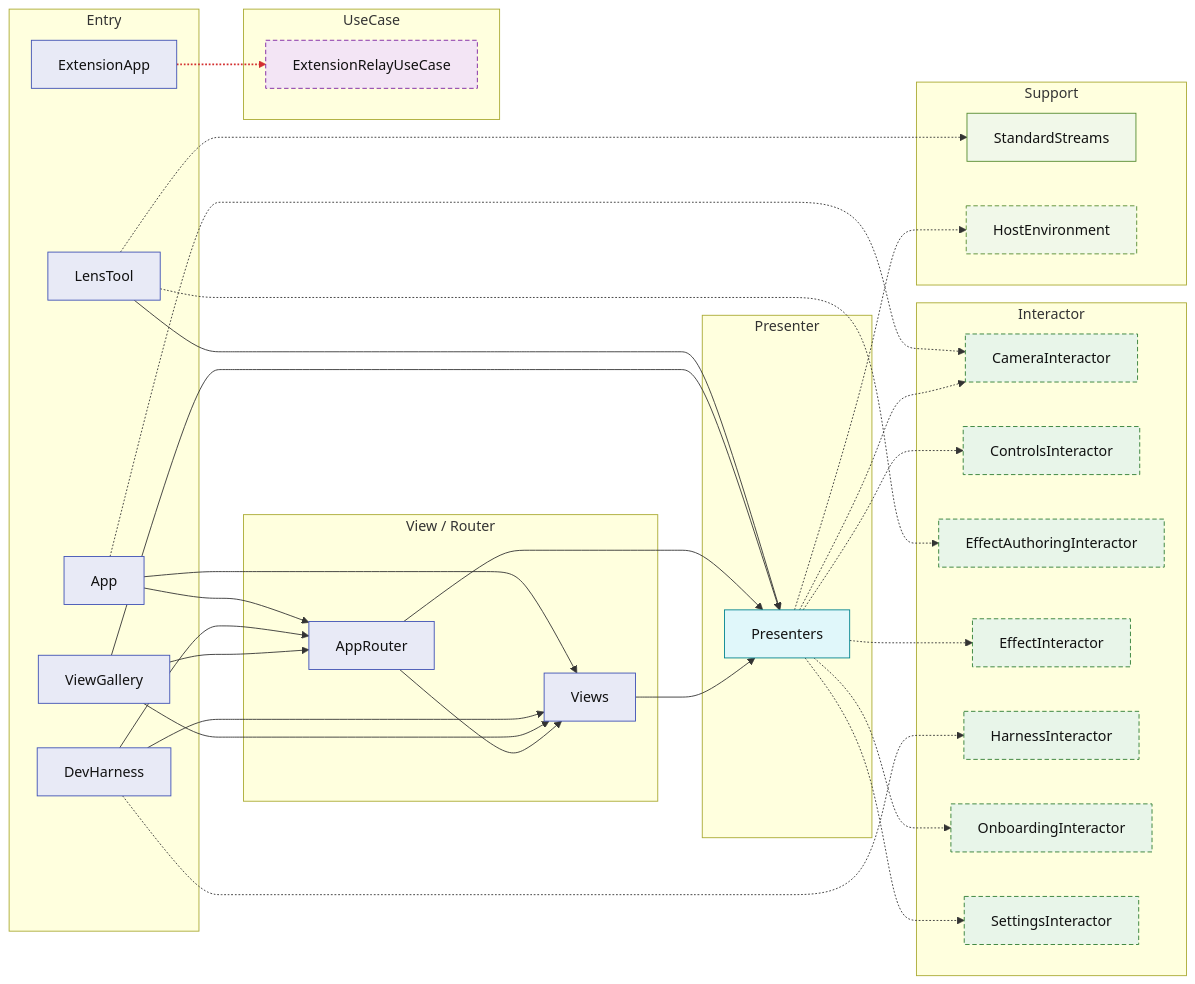
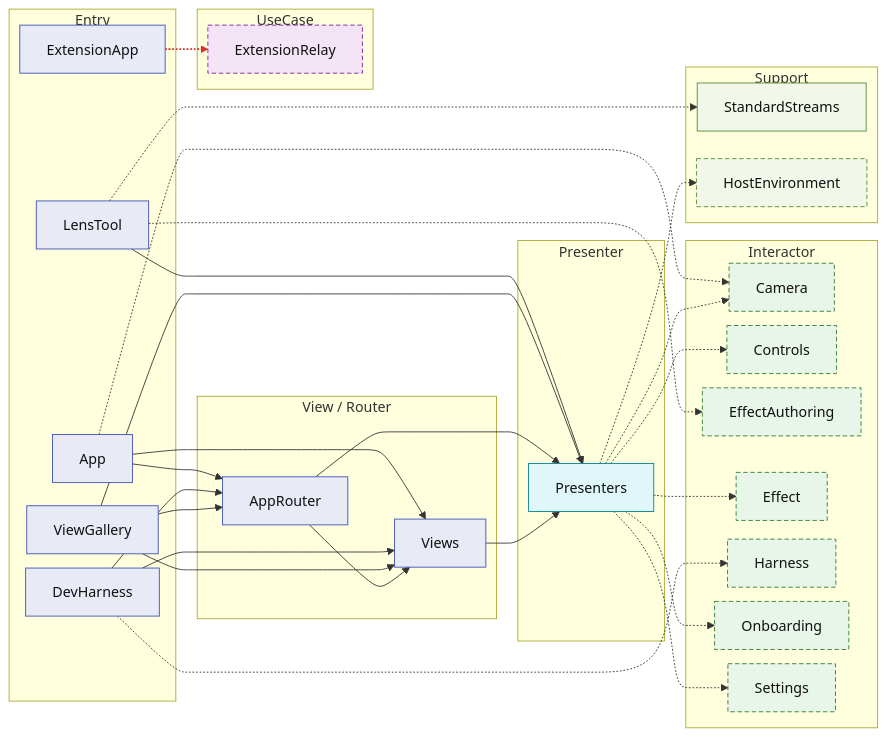
One commit to GeneralD/mirage changed the second of 8 diagrams in docs/ARCHITECTURE.md. Above: the diagram before and after it, drawn with Mermaid. The commit also changed other lines of this file, not shown here.

First line of the commit message:
docs(architecture): fit the module diagrams to the page width

````diff
--- a/docs/ARCHITECTURE.md
+++ b/docs/ARCHITECTURE.md
@@ -91,63 +91,64 @@
 ```mermaid
+%%{init: {"flowchart": {"rankSpacing": 24, "nodeSpacing": 16}}}%%
 graph LR
   subgraph Entry_entry["Entry"]
     App:::entry
     DevHarness:::entry
     LensTool:::entry
     ViewGallery:::entry
     ExtensionApp:::entry
   end
   subgraph Entry_view["View / Router"]
     AppRouter:::view
     Views:::view
   end
   subgraph Entry_pres["Presenter"]
     Presenters:::pres
   end
   subgraph Entry_int["Interactor"]
-    CameraInteractor:::intx
-    ControlsInteractor:::intx
-    EffectAuthoringInteractor:::intx
-    EffectInteractor:::intx
-    HarnessInteractor:::intx
-    OnboardingInteractor:::intx
-    SettingsInteractor:::intx
+    CameraInteractor["Camera"]:::intx
+    ControlsInteractor["Controls"]:::intx
+    EffectAuthoringInteractor["EffectAuthoring"]:::intx
+    EffectInteractor["Effect"]:::intx
+    HarnessInteractor["Harness"]:::intx
+    OnboardingInteractor["Onboarding"]:::intx
+    SettingsInteractor["Settings"]:::intx
   end
   subgraph Entry_uc["UseCase"]
-    ExtensionRelayUseCase:::ucx
+    ExtensionRelayUseCase["ExtensionRelay"]:::ucx
   end
   subgraph Entry_sup["Support"]
     StandardStreams:::sup
     HostEnvironment:::supx
   end
   App --> AppRouter
   App --> Views
   DevHarness --> AppRouter
   DevHarness --> Views
   LensTool --> Presenters
   ViewGallery --> AppRouter
   ViewGallery --> Presenters
   ViewGallery --> Views
   AppRouter --> Presenters
   AppRouter --> Views
   Views --> Presenters
   App -.-> CameraInteractor
   DevHarness -.-> HarnessInteractor
   LensTool -.-> EffectAuthoringInteractor
   LensTool -.-> StandardStreams
   ExtensionApp -.-> ExtensionRelayUseCase
   Presenters -.-> CameraInteractor
   Presenters -.-> ControlsInteractor
   Presenters -.-> EffectInteractor
   Presenters -.-> HostEnvironment
   Presenters -.-> OnboardingInteractor
   Presenters -.-> SettingsInteractor
   classDef entry fill:#e8eaf6,stroke:#3f51b5,color:#111
   classDef intx fill:#e8f5e9,stroke:#2e7d32,color:#111,stroke-dasharray:5 3
   classDef pres fill:#e0f7fa,stroke:#00838f,color:#111
   classDef sup fill:#f1f8e9,stroke:#558b2f,color:#111
   classDef supx fill:#f1f8e9,stroke:#558b2f,color:#111,stroke-dasharray:5 3
   classDef ucx fill:#f3e5f5,stroke:#7b1fa2,color:#111,stroke-dasharray:5 3
   classDef view fill:#e8eaf6,stroke:#3f51b5,color:#111
   linkStyle 15 stroke:#d32f2f,stroke-width:2px
 ```
````
